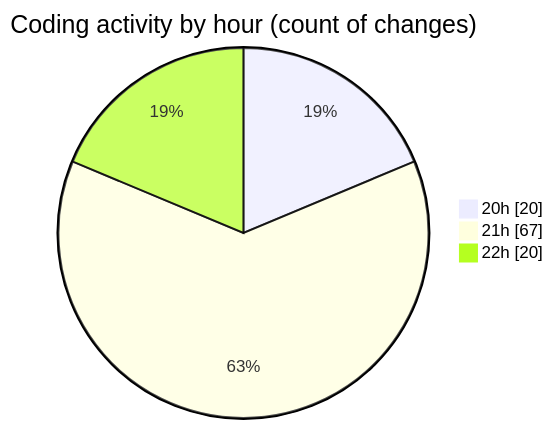
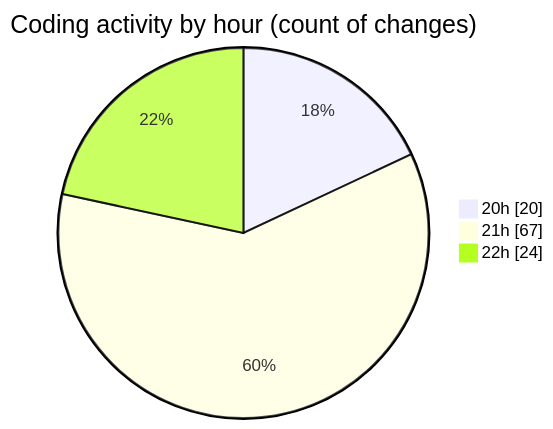
Before and after one commit to lephambinh05/code-tracking: the second of 2 diagrams in 2025-08-19/quytuthien_vn/README.md, drawn with Mermaid. The commit also changed other lines of this file and 1 other file, not shown here.

````diff
--- a/2025-08-19/quytuthien_vn/README.md
+++ b/2025-08-19/quytuthien_vn/README.md
@@ -103,7 +105,7 @@
 ```mermaid
 pie showData
 title Coding activity by hour (count of changes)
 "20h" : 20
 "21h" : 67
-"22h" : 20
+"22h" : 24
 ```
````
